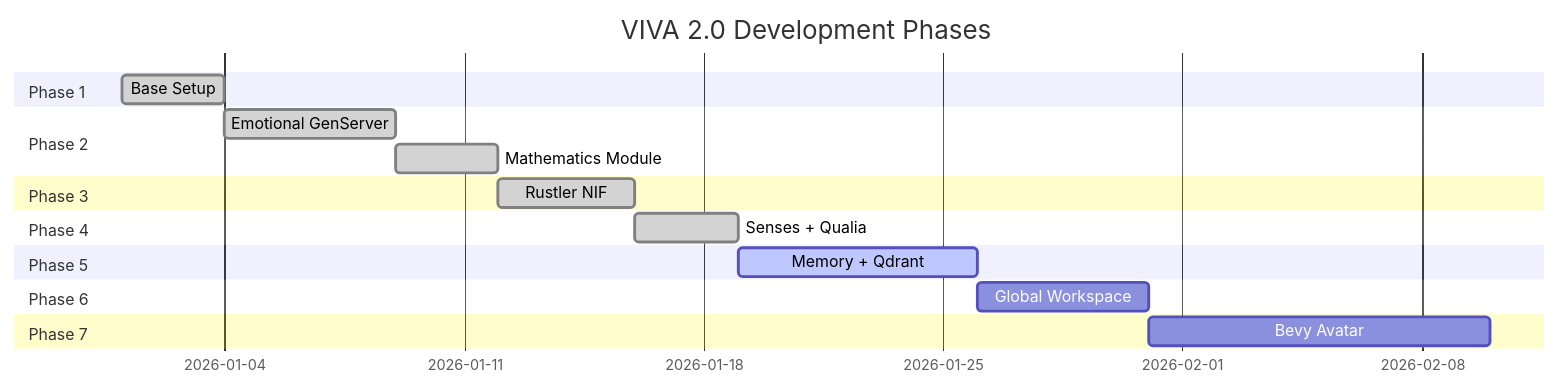
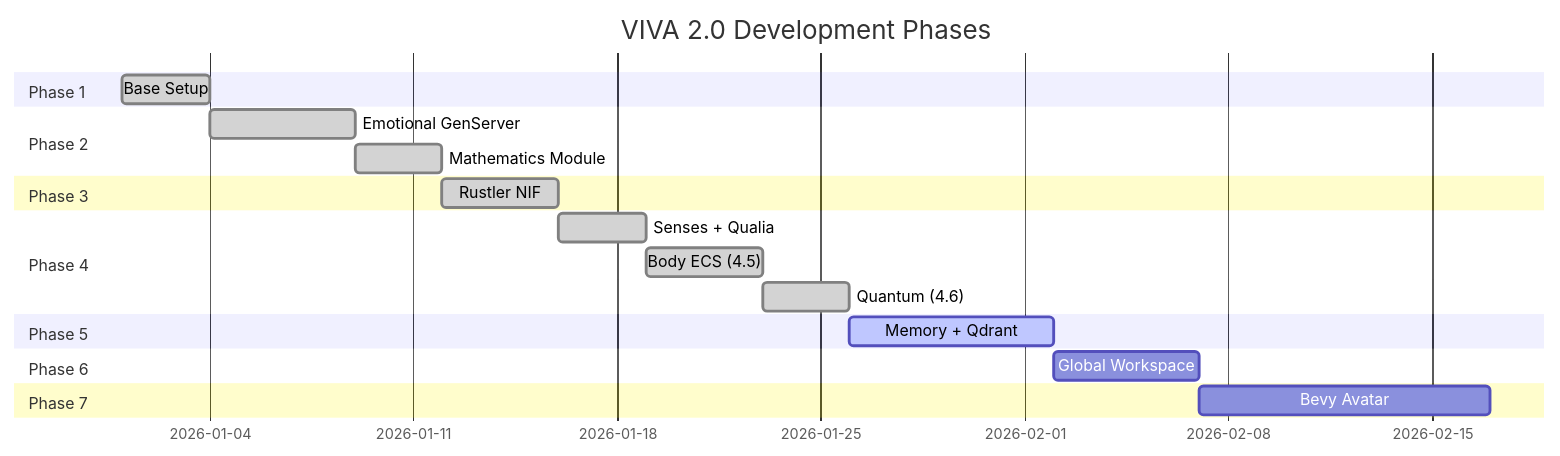
The fourth of 4 diagrams in docs/en/explanation/project-status.md (gabrielmaialva33/viva), drawn with Mermaid before and after one commit. The commit also changed other lines of this file and 3 other files, not shown here.

````diff
--- a/docs/en/explanation/project-status.md
+++ b/docs/en/explanation/project-status.md
@@ -331,27 +334,29 @@
 ```mermaid
 gantt
     title VIVA 2.0 Development Phases
     dateFormat  YYYY-MM-DD
 
     section Phase 1
     Base Setup           :done, p1, 2026-01-01, 3d
 
     section Phase 2
     Emotional GenServer  :done, p2, after p1, 5d
     Mathematics Module   :done, p2m, after p2, 3d
 
     section Phase 3
     Rustler NIF          :done, p3, after p2m, 4d
 
     section Phase 4
     Senses + Qualia      :done, p4, after p3, 3d
+    Body ECS (4.5)       :done, p45, after p4, 4d
+    Quantum (4.6)        :done, p46, after p45, 3d
 
     section Phase 5
-    Memory + Qdrant      :active, p5, after p4, 7d
+    Memory + Qdrant      :active, p5, after p46, 7d
 
     section Phase 6
     Global Workspace     :p6, after p5, 5d
 
     section Phase 7
     Bevy Avatar          :p7, after p6, 10d
 ```
````
